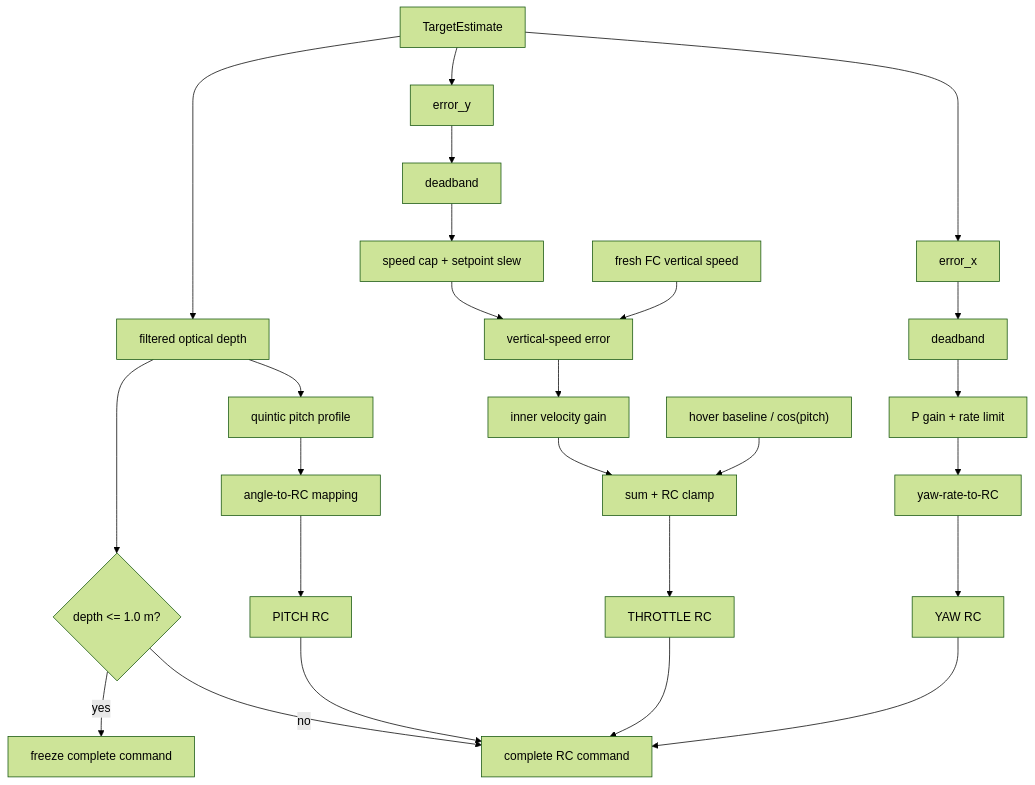
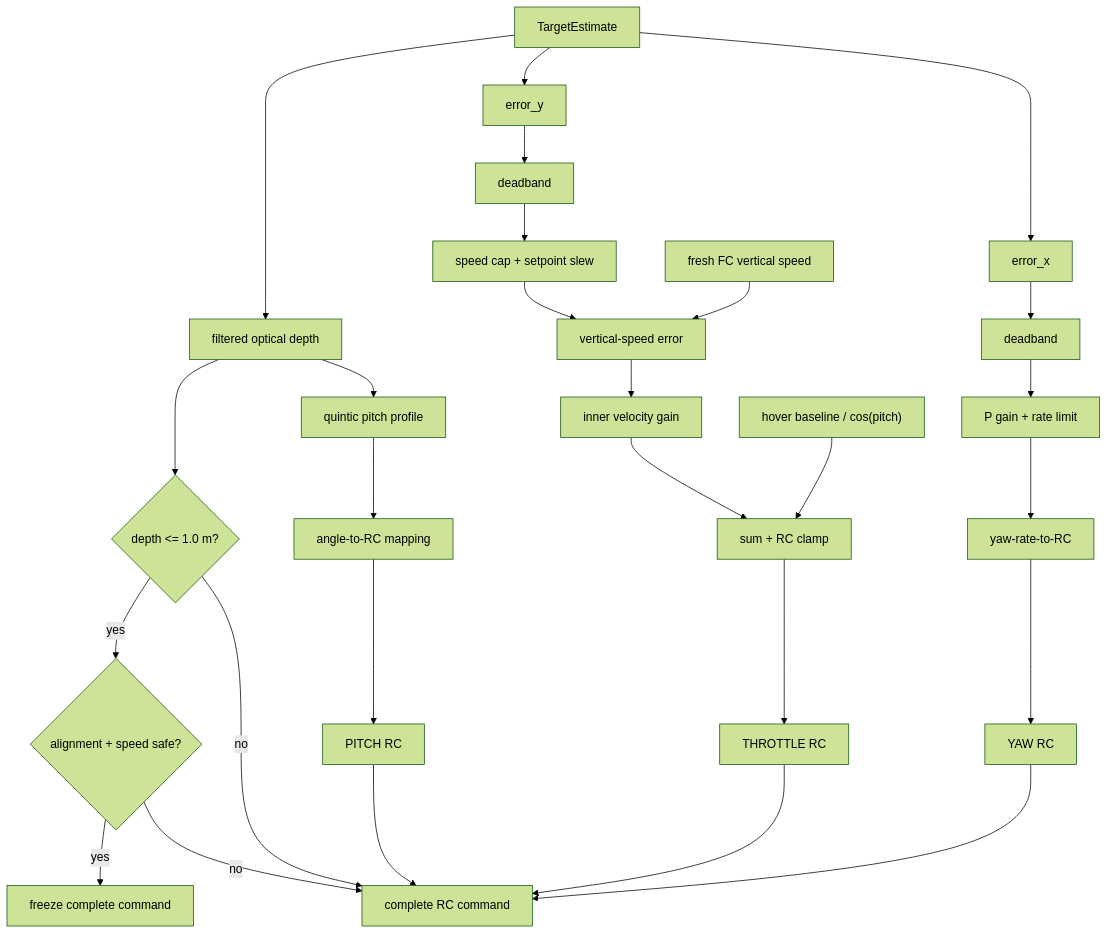
One commit to mayaboker/bt_ws changed the third of 4 diagrams in bt_app/docs/design/tracker_controller.md. Above: the diagram before and after it, drawn with Mermaid (forest theme). The commit also changed other lines of this file and 9 other files, not shown here.

````diff
--- a/bt_app/docs/design/tracker_controller.md
+++ b/bt_app/docs/design/tracker_controller.md
@@ -228,31 +232,33 @@
 ```mermaid
 flowchart TB
     OBS["TargetEstimate"] --> EX["error_x"]
     OBS --> EY["error_y"]
     OBS --> DEPTH["filtered optical depth"]
 
     DEPTH --> PROFILE["quintic pitch profile"]
     PROFILE --> PMAP["angle-to-RC mapping"]
     PMAP --> PITCH["PITCH RC"]
 
     EX --> YDB["deadband"]
     YDB --> YKP["P gain + rate limit"]
     YKP --> YMAP["yaw-rate-to-RC"]
     YMAP --> YAW["YAW RC"]
 
     EY --> TDB["deadband"]
     TDB --> VTARGET["speed cap + setpoint slew"]
     VZ["fresh FC vertical speed"] --> VERROR["vertical-speed error"]
     VTARGET --> VERROR
     VERROR --> TKP["inner velocity gain"]
     HOVER["hover baseline / cos(pitch)"] --> TSUM["sum + RC clamp"]
     TKP --> TSUM
     TSUM --> THROTTLE["THROTTLE RC"]
 
-    DEPTH --> COMMIT{"depth <= 1.0 m?"}
+    DEPTH --> TERMINAL{"depth <= 1.0 m?"}
     PITCH --> COMMAND["complete RC command"]
     YAW --> COMMAND
     THROTTLE --> COMMAND
-    COMMIT -->|no| COMMAND
-    COMMIT -->|yes| FREEZE["freeze complete command"]
+    TERMINAL -->|no| COMMAND
+    TERMINAL -->|yes| GATE{"alignment + speed safe?"}
+    GATE -->|no| COMMAND
+    GATE -->|yes| FREEZE["freeze complete command"]
 ```
````
